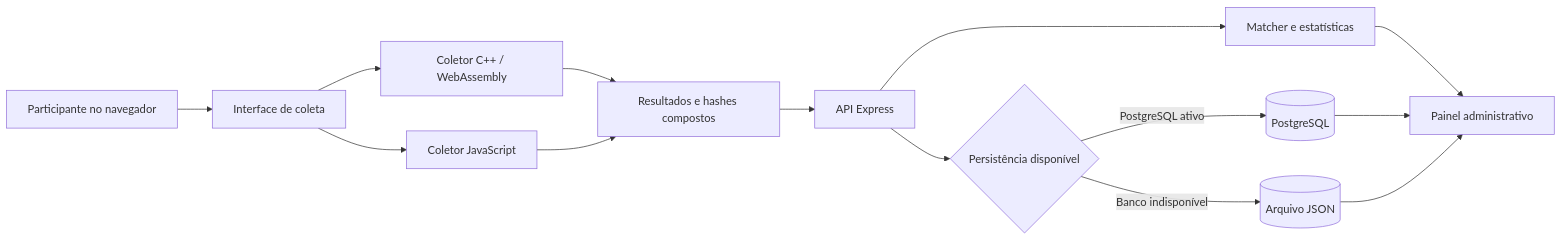
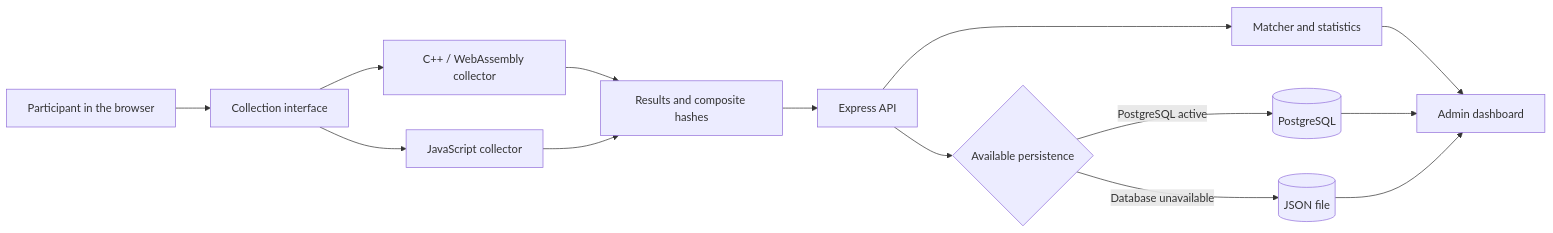
The diagram in docs/architecture.md (WAFIR-FP/wafir-fp), drawn with Mermaid before and after one commit. The commit also changed other lines of this file and 6 other files, not shown here.

````diff
--- a/docs/architecture.md
+++ b/docs/architecture.md
@@ -5,16 +5,16 @@
 ```mermaid
 flowchart LR
-    U[Participante no navegador] --> UI[Interface de coleta]
-    UI --> WASM[Coletor C++ / WebAssembly]
-    UI --> JS[Coletor JavaScript]
-    WASM --> COL[Resultados e hashes compostos]
+    U[Participant in the browser] --> UI[Collection interface]
+    UI --> WASM[C++ / WebAssembly collector]
+    UI --> JS[JavaScript collector]
+    WASM --> COL[Results and composite hashes]
     JS --> COL
-    COL --> API[API Express]
-    API --> MATCH[Matcher e estatísticas]
-    API --> STORE{Persistência disponível}
-    STORE -->|PostgreSQL ativo| DB[(PostgreSQL)]
-    STORE -->|Banco indisponível| FILE[(Arquivo JSON)]
-    MATCH --> ADMIN[Painel administrativo]
+    COL --> API[Express API]
+    API --> MATCH[Matcher and statistics]
+    API --> STORE{Available persistence}
+    STORE -->|PostgreSQL active| DB[(PostgreSQL)]
+    STORE -->|Database unavailable| FILE[(JSON file)]
+    MATCH --> ADMIN[Admin dashboard]
     DB --> ADMIN
     FILE --> ADMIN
 ```
````
